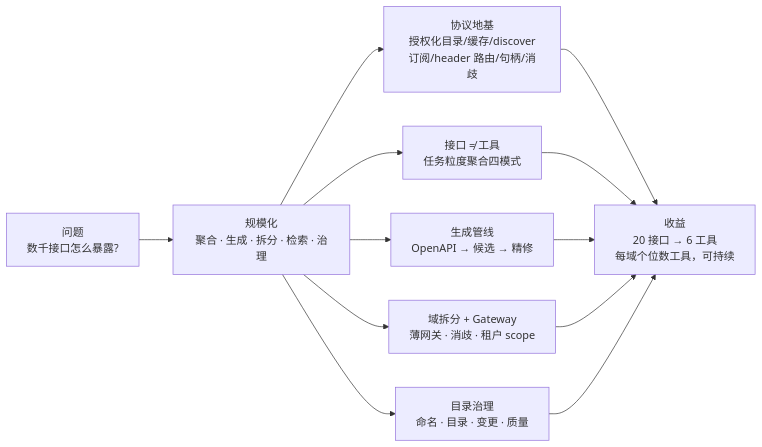
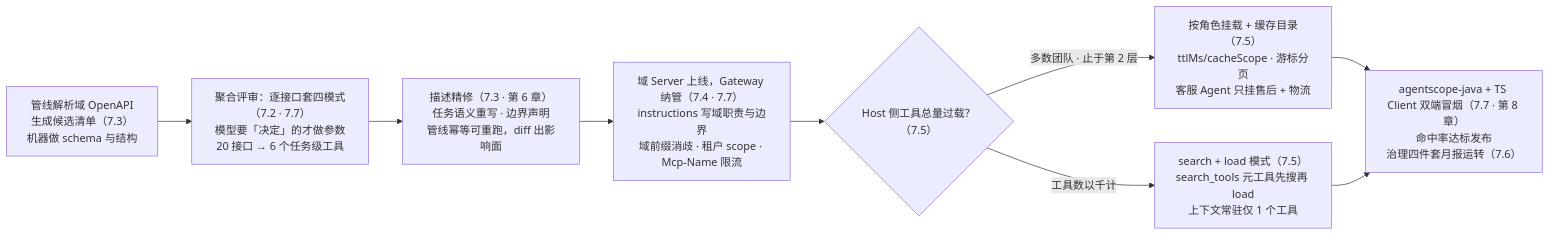
Before and after one commit to ybak/ai-tutorial: the first of 3 diagrams in books/mcp/chapters/07-mcp-at-scale.md, drawn with Mermaid. The commit also changed other lines of this file and 8 other files, not shown here.

First line of the commit message:
docs(mcp): 章首图升级为操作流程图——写作指南双图式规范落地

````diff
--- a/books/mcp/chapters/07-mcp-at-scale.md
+++ b/books/mcp/chapters/07-mcp-at-scale.md
@@ -11,14 +11,11 @@
 ```mermaid
 flowchart LR
-    A["问题<br/>数千接口怎么暴露?"] --> B["规模化<br/>聚合 · 生成 · 拆分 · 检索 · 治理"]
-    B --> C["协议地基<br/>授权化目录/缓存/discover<br/>订阅/header 路由/句柄/消歧"]
-    B --> D["接口 ≠ 工具<br/>任务粒度聚合四模式"]
-    B --> E["生成管线<br/>OpenAPI → 候选 → 精修"]
-    B --> F["域拆分 + Gateway<br/>薄网关 · 消歧 · 租户 scope"]
-    B --> G["目录治理<br/>命名 · 目录 · 变更 · 质量"]
-    C --> H["收益<br/>20 接口 → 6 工具<br/>每域个位数工具，可持续"]
-    D --> H
-    E --> H
-    F --> H
+    A["管线解析域 OpenAPI<br/>生成候选清单（7.3）<br/>机器做 schema 与结构"] --> B["聚合评审：逐接口套四模式（7.2 · 7.7）<br/>模型要「决定」的才做参数<br/>20 接口 → 6 个任务级工具"]
+    B --> C["描述精修（7.3 · 第 6 章）<br/>任务语义重写 · 边界声明<br/>管线幂等可重跑，diff 出影响面"]
+    C --> D["域 Server 上线，Gateway 纳管（7.4 · 7.7）<br/>instructions 写域职责与边界<br/>域前缀消歧 · 租户 scope · Mcp-Name 限流"]
+    D --> E{"Host 侧工具总量过载？（7.5）"}
+    E -->|"多数团队 · 止于第 2 层"| F["按角色挂载 + 缓存目录（7.5）<br/>ttlMs/cacheScope · 游标分页<br/>客服 Agent 只挂售后 + 物流"]
+    E -->|"工具数以千计"| G["search + load 模式（7.5）<br/>search_tools 元工具先搜再 load<br/>上下文常驻仅 1 个工具"]
+    F --> H["agentscope-java + TS Client 双端冒烟（7.7 · 第 8 章）<br/>命中率达标发布<br/>治理四件套月报运转（7.6）"]
     G --> H
 ```
````
